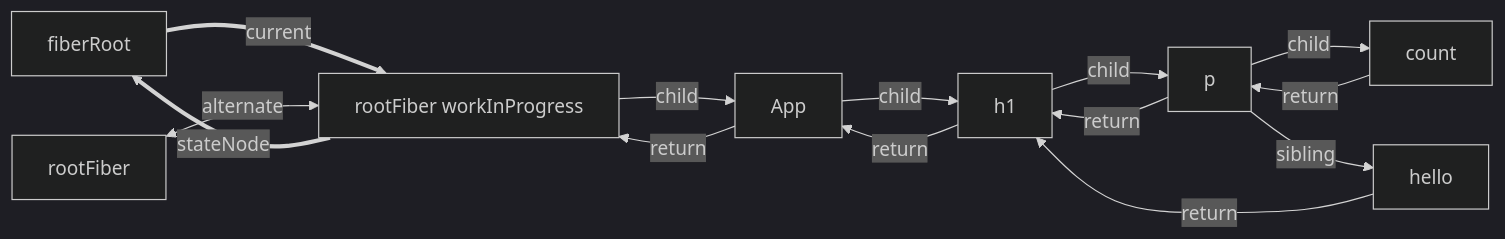
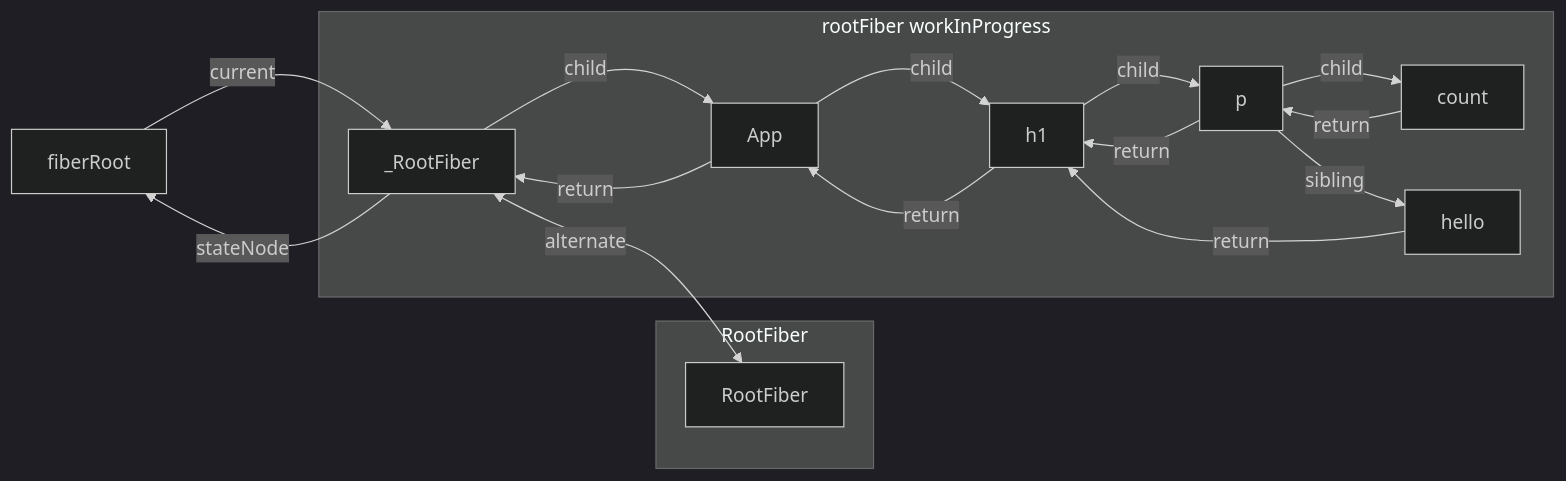
Before and after one commit to huiruo/code-record-manual: the sixth of 6 diagrams in 08-webpack-AST-babel/04_Ast_babel和React源码/03_Fiber更新机制/01_1_fiber概念.md, drawn with Mermaid (dark theme). The commit also changed other lines of this file and 2 other files, not shown here.

Commit message:
feat: 流程图

````diff
--- a/08-webpack-AST-babel/04_Ast_babel和React源码/03_Fiber更新机制/01_1_fiber概念.md
+++ b/08-webpack-AST-babel/04_Ast_babel和React源码/03_Fiber更新机制/01_1_fiber概念.md
@@ -385,16 +371,22 @@
 ```mermaid
-flowchart  LR
+%% flowchart TB
+flowchart LR
+  fiberRoot--current-->_RootFiber
+    _RootFiber--stateNode-->fiberRoot
 
-fiberRoot==current==>workInProgress[rootFiber workInProgress]--child-->App--child-->h1--child-->p--child-->count
+  subgraph RootFiber [RootFiber]
+    RootFiber1[RootFiber]
+  end
 
-rootFiber<--alternate-->workInProgress
-App--return-->workInProgress
-hello--return-->h1
-p--sibling-->hello
+  subgraph workInProgress[rootFiber workInProgress]
+    _RootFiber<--alternate-->RootFiber1
 
-count--return-->p
-
-p--return-->h1
-h1--return-->App
-workInProgress==stateNode==>fiberRoot
+    _RootFiber--child-->App--child-->h1--child-->p--child-->count
+    App--return-->_RootFiber
+    hello--return-->h1
+    p--sibling-->hello
+    count--return-->p
+    p--return-->h1
+    h1--return-->App
+  end
 ```
````
